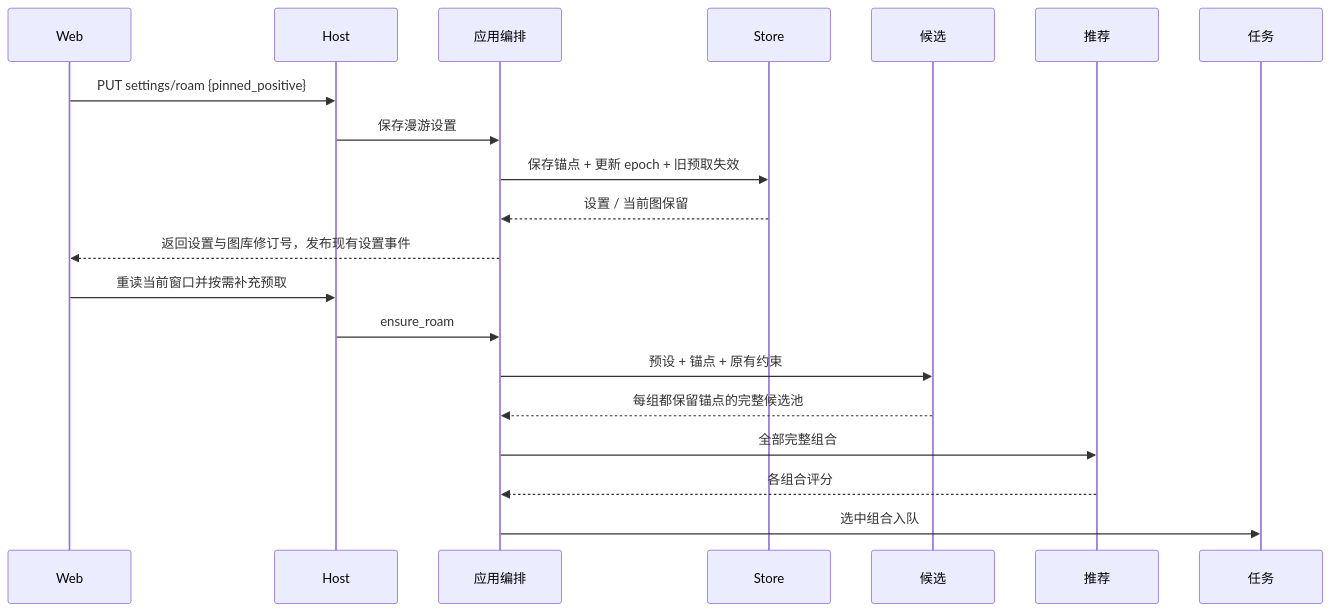
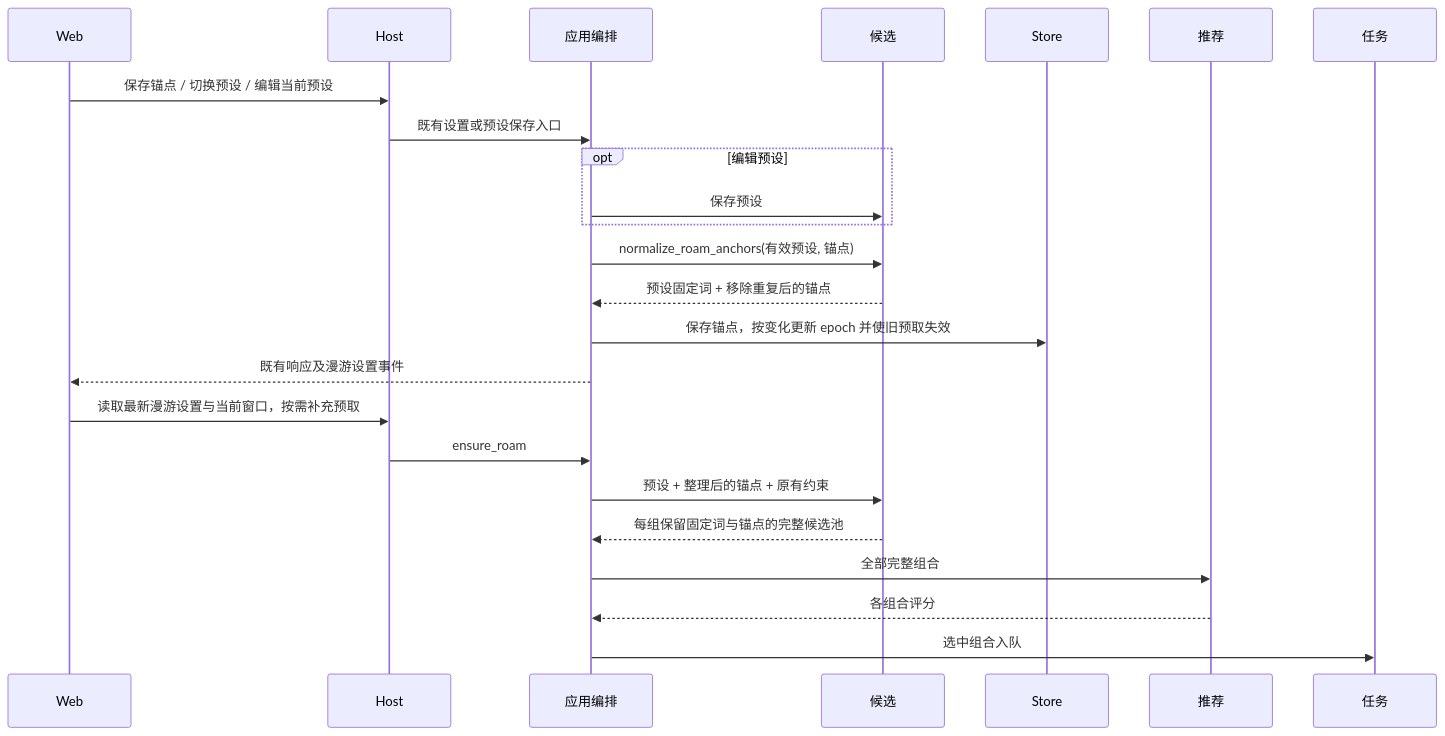
One commit to Lykr/pictide changed the second of 2 diagrams in docs/roam-anchors.md. Above: the diagram before and after it, drawn with Mermaid. The commit also changed other lines of this file, not shown here.

Commit message:
Clarify preset priority and remove duplicate roam anchors

````diff
--- a/docs/roam-anchors.md
+++ b/docs/roam-anchors.md
@@ -38,22 +40,26 @@
 ```mermaid
 sequenceDiagram
     participant UI as Web
     participant H as Host
     participant A as 应用编排
+    participant C as 候选
     participant S as Store
-    participant C as 候选
     participant R as 推荐
     participant T as 任务
-    UI->>H: PUT settings/roam {pinned_positive}
-    H->>A: 保存漫游设置
-    A->>S: 保存锚点 + 更新 epoch + 旧预取失效
-    S-->>A: 设置 / 当前图保留
-    A-->>UI: 返回设置与图库修订号，发布现有设置事件
-    UI->>H: 重读当前窗口并按需补充预取
+    UI->>H: 保存锚点 / 切换预设 / 编辑当前预设
+    H->>A: 既有设置或预设保存入口
+    opt 编辑预设
+        A->>C: 保存预设
+    end
+    A->>C: normalize_roam_anchors(有效预设, 锚点)
+    C-->>A: 预设固定词 + 移除重复后的锚点
+    A->>S: 保存锚点，按变化更新 epoch 并使旧预取失效
+    A-->>UI: 既有响应及漫游设置事件
+    UI->>H: 读取最新漫游设置与当前窗口，按需补充预取
     H->>A: ensure_roam
-    A->>C: 预设 + 锚点 + 原有约束
-    C-->>A: 每组都保留锚点的完整候选池
+    A->>C: 预设 + 整理后的锚点 + 原有约束
+    C-->>A: 每组保留固定词与锚点的完整候选池
     A->>R: 全部完整组合
     R-->>A: 各组合评分
     A->>T: 选中组合入队
 ```
````
